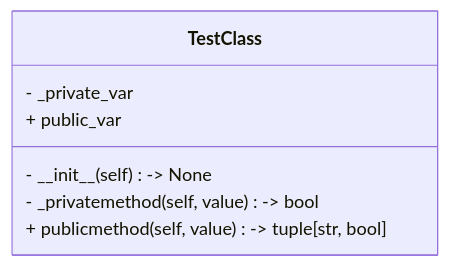
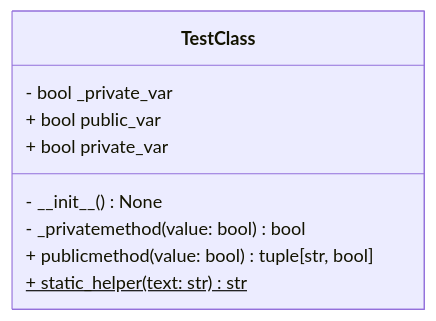
The second of 5 diagrams in class_diagrams.md (FabianGnatzig/MermaidGenerator), drawn with Mermaid before and after one commit. The commit also changed other lines of this file and 3 other files, not shown here.

First line of the commit message:
feat: add comprehensive Python language support to diagram generator

````diff
--- a/class_diagrams.md
+++ b/class_diagrams.md
@@ -3,10 +27,12 @@
 ```mermaid
 classDiagram
     class TestClass {
-- \_private\_var
-+ public_var
-- \_\_init\_\_(self) -> None
-- \_privatemethod(self, value) -> bool
-+ publicmethod(self, value) -> tuple[str, bool]
+- bool \_private\_var
++ bool public\_var
++ bool private\_var
+- \_\_init\_\_() None
+- \_privatemethod(value: bool) bool
++ publicmethod(value: bool) tuple[str, bool]
++ static\_helper(text: str) str $
 }
 ```
````
